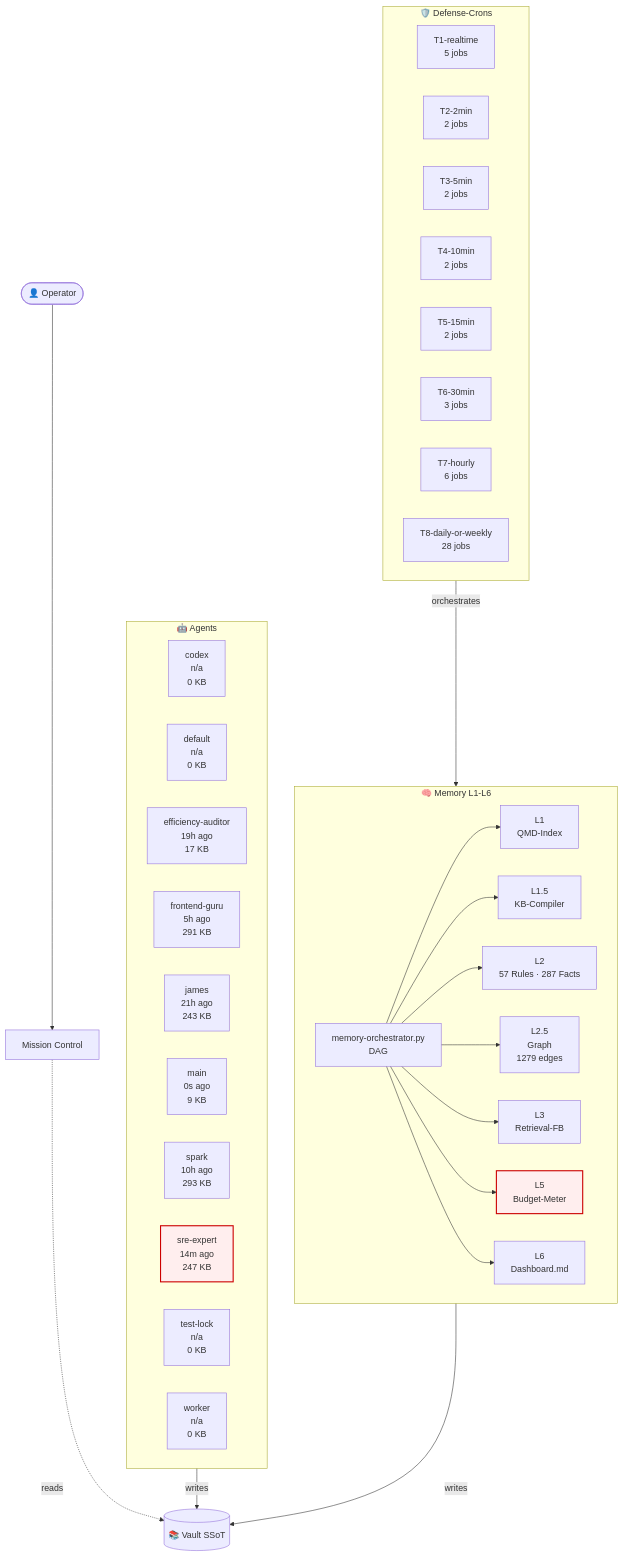
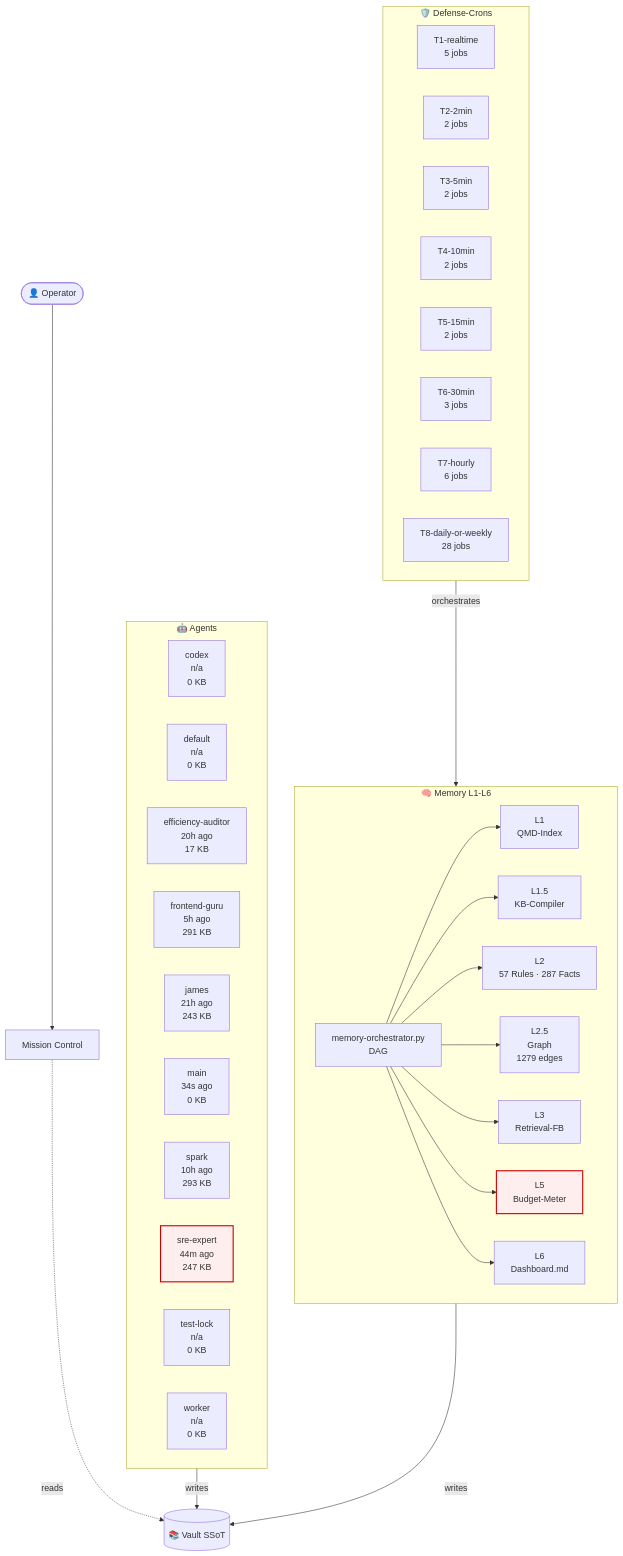
Before and after one commit to lenardhuebner88-rgb/openclaw-memory: the diagram in 03-Agents/architecture-live.md, drawn with Mermaid. The commit also changed other lines of this file and 15 other files, not shown here.

````diff
--- a/03-Agents/architecture-live.md
+++ b/03-Agents/architecture-live.md
@@ -18,53 +18,53 @@
 ```mermaid
 flowchart TB
     classDef critical fill:#fee,stroke:#c00,stroke-width:2px;
     subgraph AGT["🤖 Agents"]
         agent_codex["codex<br/>n/a<br/>0 KB"]
         agent_default["default<br/>n/a<br/>0 KB"]
-        agent_efficiency_auditor["efficiency-auditor<br/>19h ago<br/>17 KB"]
+        agent_efficiency_auditor["efficiency-auditor<br/>20h ago<br/>17 KB"]
         agent_frontend_guru["frontend-guru<br/>5h ago<br/>291 KB"]
         agent_james["james<br/>21h ago<br/>243 KB"]
-        agent_main["main<br/>0s ago<br/>9 KB"]
+        agent_main["main<br/>34s ago<br/>0 KB"]
         agent_spark["spark<br/>10h ago<br/>293 KB"]
-        agent_sre_expert["sre-expert<br/>14m ago<br/>247 KB"]
+        agent_sre_expert["sre-expert<br/>44m ago<br/>247 KB"]
         agent_test_lock["test-lock<br/>n/a<br/>0 KB"]
         agent_worker["worker<br/>n/a<br/>0 KB"]
     end
     subgraph MEM["🧠 Memory L1-L6"]
         L1["L1<br/>QMD-Index"]
         L15["L1.5<br/>KB-Compiler"]
         L2["L2<br/>57 Rules · 287 Facts"]
         L25["L2.5<br/>Graph<br/>1279 edges"]
         L3["L3<br/>Retrieval-FB"]
         L5["L5<br/>Budget-Meter"]
         L6["L6<br/>Dashboard.md"]
         ORCH["memory-orchestrator.py<br/>DAG"]
     end
     subgraph CRN["🛡️ Defense-Crons"]
         tier_T1_realtime["T1-realtime<br/>5 jobs"]
         tier_T2_2min["T2-2min<br/>2 jobs"]
         tier_T3_5min["T3-5min<br/>2 jobs"]
         tier_T4_10min["T4-10min<br/>2 jobs"]
         tier_T5_15min["T5-15min<br/>2 jobs"]
         tier_T6_30min["T6-30min<br/>3 jobs"]
         tier_T7_hourly["T7-hourly<br/>6 jobs"]
         tier_T8_daily_or_weekly["T8-daily-or-weekly<br/>28 jobs"]
     end
     VAULT[("📚 Vault SSoT")]
     OP([👤 Operator])
     MC["Mission Control"]
     OP --> MC
     MC -.reads.-> VAULT
     AGT -->|writes| VAULT
     MEM -->|writes| VAULT
     ORCH --> L1
     ORCH --> L15
     ORCH --> L2
     ORCH --> L25
     ORCH --> L3
     ORCH --> L5
     ORCH --> L6
     CRN -->|orchestrates| MEM
     class L5 critical
     class agent_sre_expert critical
 ```
````
